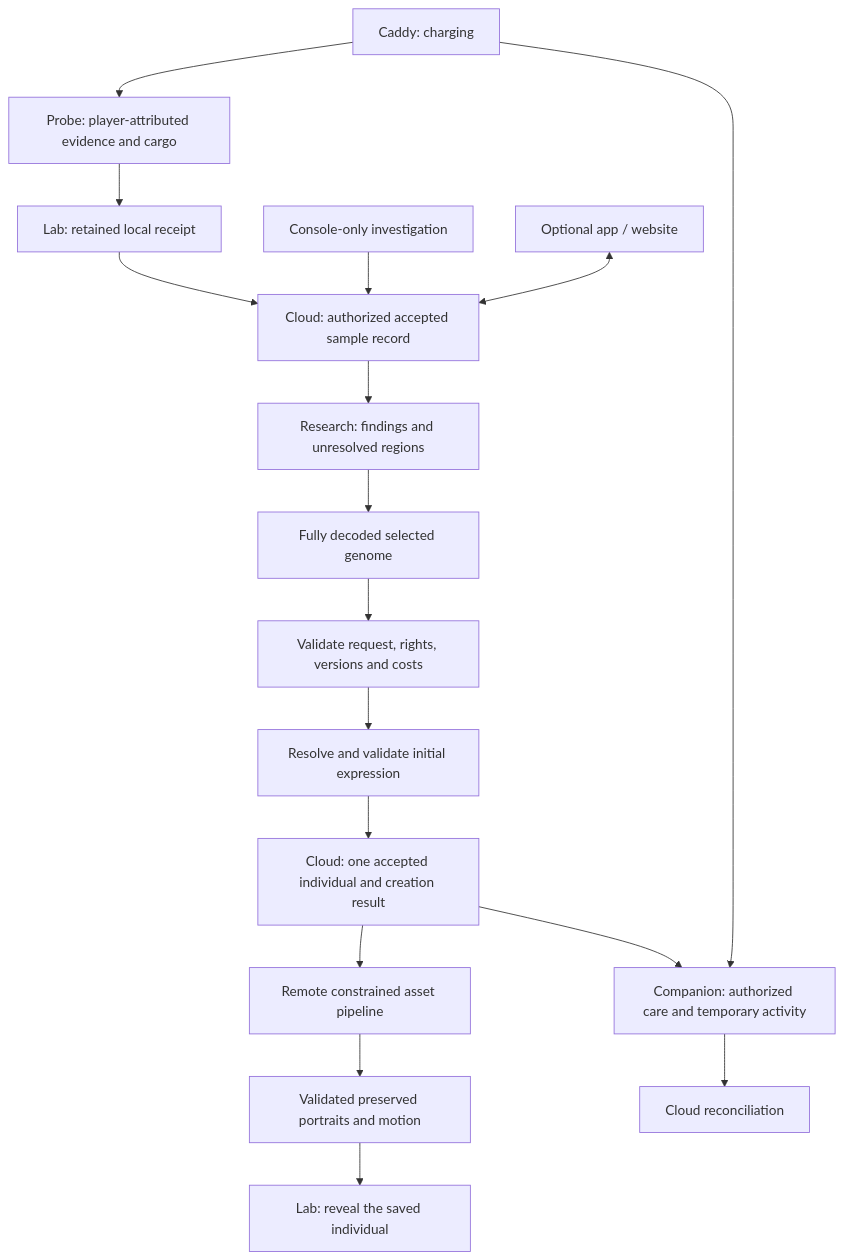
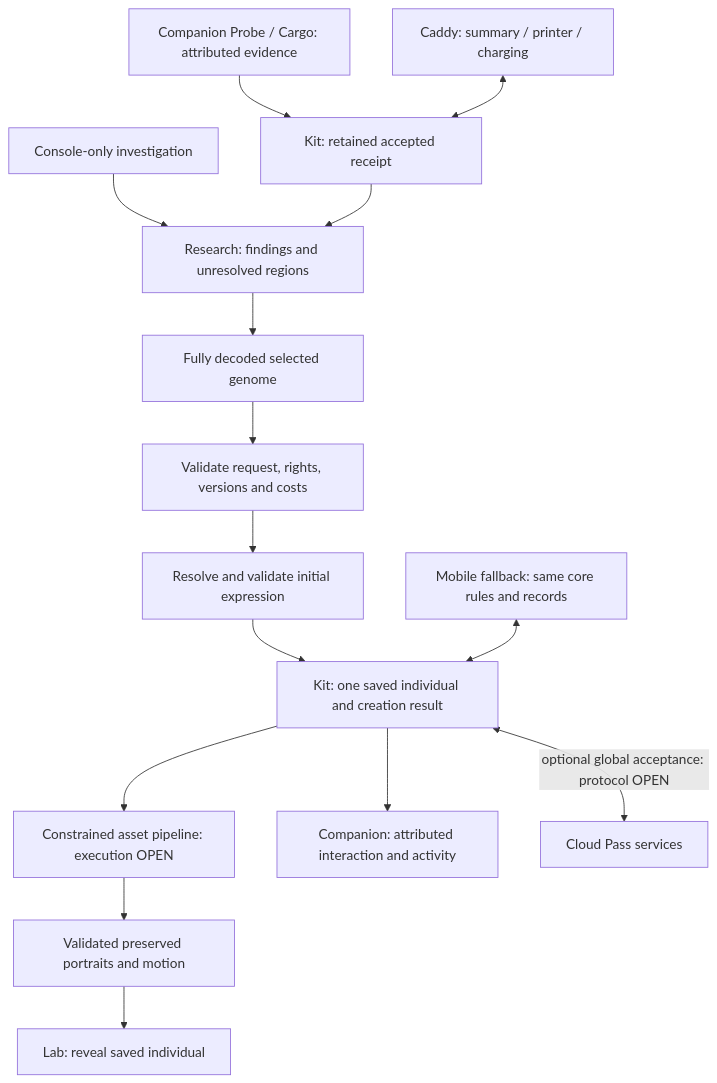
One commit to PacoCotera/critter-lab changed the diagram in specs/sample-to-critter-contract.md. Above: the diagram before and after it, drawn with Mermaid. The commit also changed other lines of this file, not shown here.

Commit message:
docs: reconcile current hardware and standalone product direction

````diff
--- a/specs/sample-to-critter-contract.md
+++ b/specs/sample-to-critter-contract.md
@@ -15,19 +15,17 @@
 ```mermaid
 flowchart TD
-  Probe[Probe: player-attributed evidence and cargo] --> Local[Lab: retained local receipt]
-  Local --> Cloud[Cloud: authorized accepted sample record]
-  Console[Console-only investigation] --> Cloud
-  Cloud --> Knowledge[Research: findings and unresolved regions]
+  Companion[Companion Probe / Cargo: attributed evidence] --> Receipt[Kit: retained accepted receipt]
+  Console[Console-only investigation] --> Knowledge[Research: findings and unresolved regions]
+  Receipt --> Knowledge
   Knowledge --> Selected[Fully decoded selected genome]
   Selected --> Validate[Validate request, rights, versions and costs]
   Validate --> Expression[Resolve and validate initial expression]
-  Expression --> Individual[Cloud: one accepted individual and creation result]
-  Individual --> Generation[Remote constrained asset pipeline]
+  Expression --> Individual[Kit: one saved individual and creation result]
+  Individual --> Generation[Constrained asset pipeline: execution OPEN]
   Generation --> Assets[Validated preserved portraits and motion]
-  Assets --> Lab[Lab: reveal the saved individual]
-  Individual --> Companion[Companion: authorized care and temporary activity]
-  Companion --> Sync[Cloud reconciliation]
-  App[Optional app / website] <--> Cloud
-  Caddy[Caddy: charging] --> Probe
-  Caddy --> Companion
+  Assets --> Lab[Lab: reveal saved individual]
+  Individual --> Activity[Companion: attributed interaction and activity]
+  Individual <-->|optional global acceptance: protocol OPEN| Global[Cloud Pass services]
+  Caddy[Caddy: summary / printer / charging] <--> Receipt
+  App[Mobile fallback: same core rules and records] <--> Individual
 ```
````
